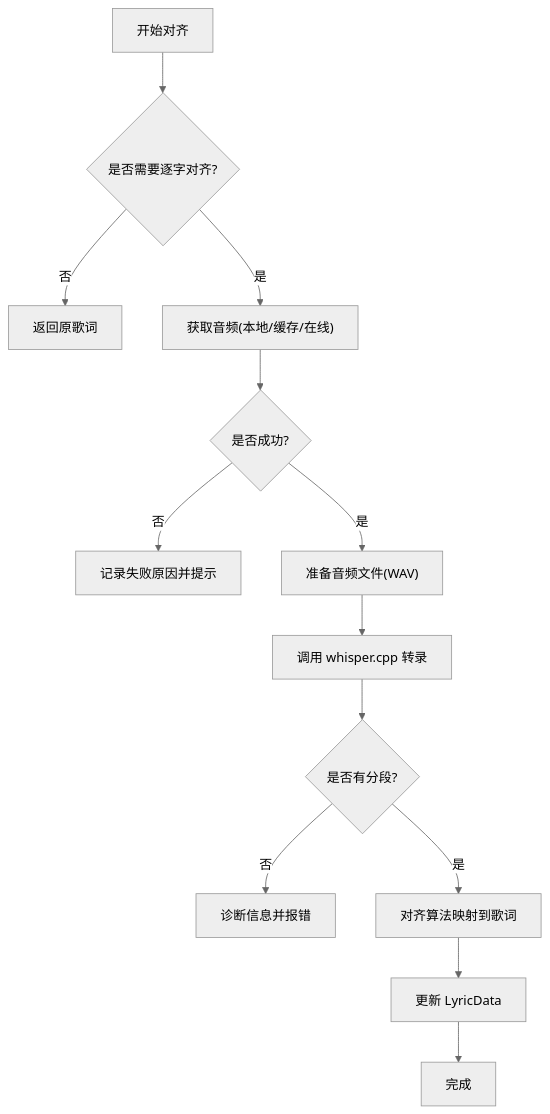
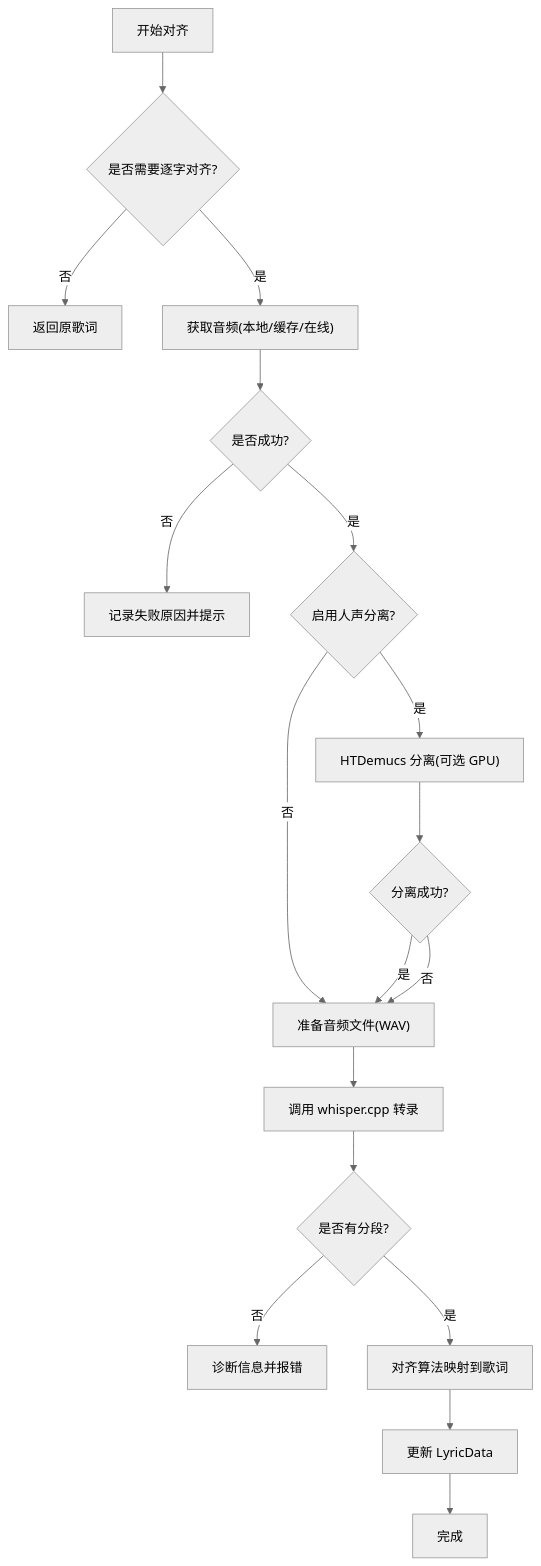
The sixth of 8 diagrams in .qoder/repowiki/zh/content/模组系统/内置模组详解/内置模组详解.md (nonemarks/folia_player), drawn with Mermaid (neutral theme) before and after one commit. The commit also changed other lines of this file and 4 other files, not shown here.

First line of the commit message:
feat(whisper): 集成 GPU 加速人声分离和智能语言检测功能

````diff
--- a/.qoder/repowiki/zh/content/模组系统/内置模组详解/内置模组详解.md
+++ b/.qoder/repowiki/zh/content/模组系统/内置模组详解/内置模组详解.md
@@ -205,15 +243,20 @@
 ```mermaid
 flowchart TD
 A["开始对齐"] --> B{"是否需要逐字对齐?"}
 B --> |否| Z["返回原歌词"]
 B --> |是| C["获取音频(本地/缓存/在线)"]
 C --> D{"是否成功?"}
 D --> |否| E["记录失败原因并提示"]
-D --> |是| F["准备音频文件(WAV)"]
-F --> G["调用 whisper.cpp 转录"]
-G --> H{"是否有分段?"}
-H --> |否| I["诊断信息并报错"]
-H --> |是| J["对齐算法映射到歌词"]
-J --> K["更新 LyricData"]
-K --> L["完成"]
+D --> |是| F{"启用人声分离?"}
+F --> |是| G["HTDemucs 分离(可选 GPU)"]
+F --> |否| H["准备音频文件(WAV)"]
+G --> I{"分离成功?"}
+I --> |是| H
+I --> |否| H
+H --> J["调用 whisper.cpp 转录"]
+J --> K{"是否有分段?"}
+K --> |否| L["诊断信息并报错"]
+K --> |是| M["对齐算法映射到歌词"]
+M --> N["更新 LyricData"]
+N --> O["完成"]
 ```
````
